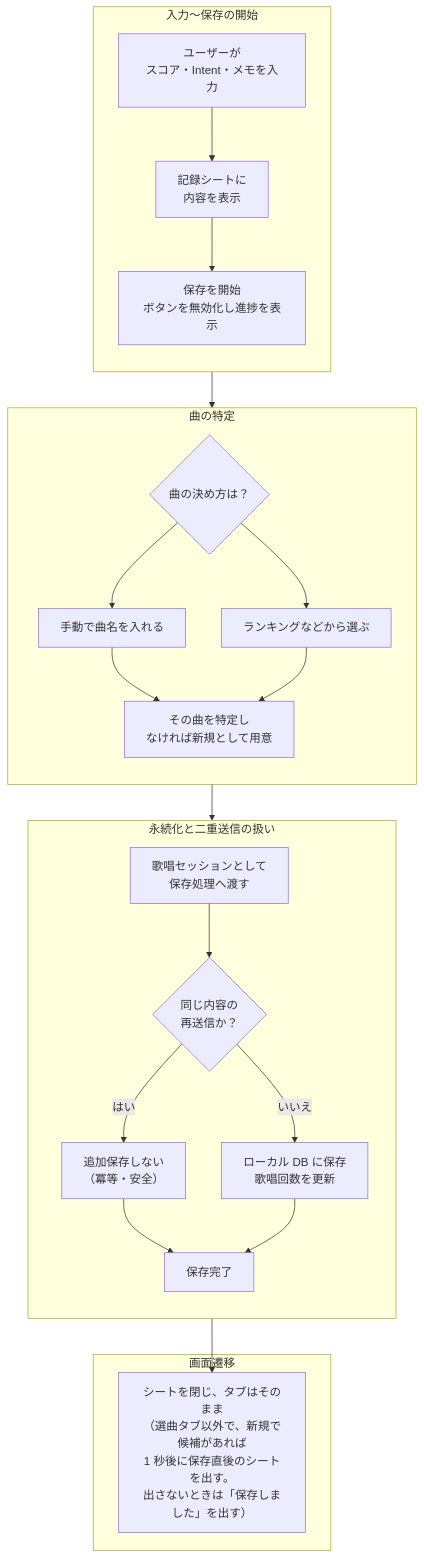
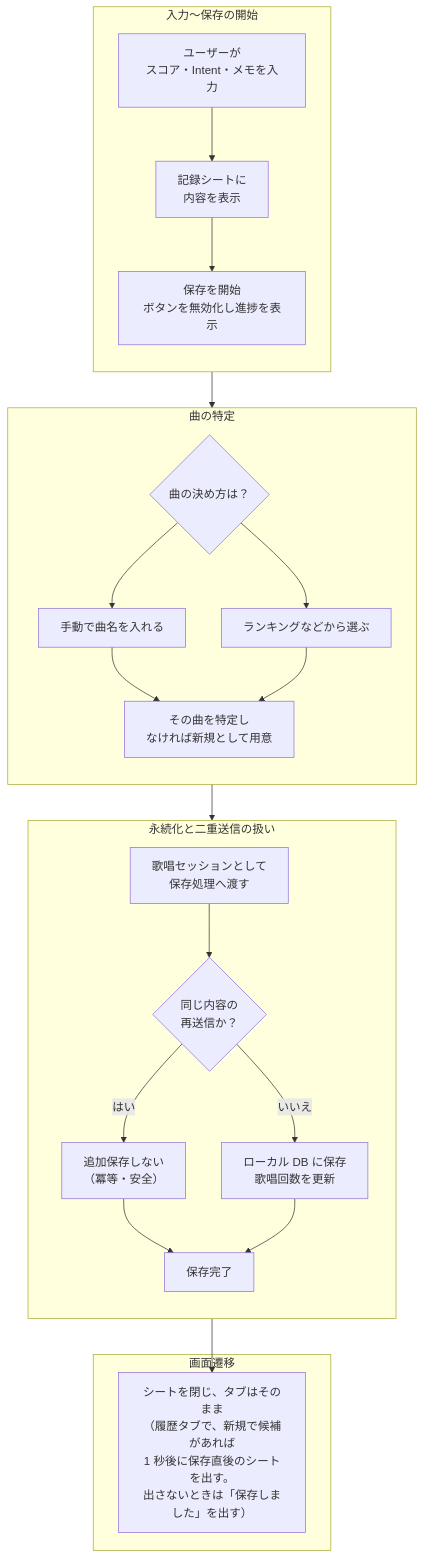
The first of 4 diagrams in docs/architecture.md (omomi-moti/Karaoke_support), drawn with Mermaid before and after one commit. The commit also changed 3 other files, not shown here.

````diff
--- a/docs/architecture.md
+++ b/docs/architecture.md
@@ -52,44 +52,44 @@
 ```mermaid
 flowchart TB
     subgraph S1["入力〜保存の開始"]
         direction TB
         A["ユーザーが<br>スコア・Intent・メモを入力"]
         B["記録シートに<br>内容を表示"]
         C["保存を開始<br>ボタンを無効化し進捗を表示"]
         A --> B --> C
     end
 
     subgraph S2["曲の特定"]
         direction TB
         D{曲の決め方は？}　
         E["手動で曲名を入れる"]
         R["ランキングなどから選ぶ"]
         T["その曲を特定し<br>なければ新規として用意"]
         D --> E
         D --> R
         E --> T
         R --> T
     end
 
     subgraph S3["永続化と二重送信の扱い"]
         direction TB
         F["歌唱セッションとして<br>保存処理へ渡す"]
         G{"同じ内容の<br>再送信か？"}
         H["追加保存しない<br>（冪等・安全）"]
         I["ローカル DB に保存<br>歌唱回数を更新"]
         J["保存完了"]
         F --> G
         G -->|はい| H
         G -->|いいえ| I
         H --> J
         I --> J
     end
 
     subgraph S4["画面遷移"]
-        K["シートを閉じ、タブはそのまま<br>（選曲タブ以外で、新規で候補があれば<br>1 秒後に保存直後のシートを出す。<br>出さないときは「保存しました」を出す）"]
+        K["シートを閉じ、タブはそのまま<br>（履歴タブで、新規で候補があれば<br>1 秒後に保存直後のシートを出す。<br>出さないときは「保存しました」を出す）"]
     end
 
     C --> D
     T --> F
     J --> K
 ```
````
